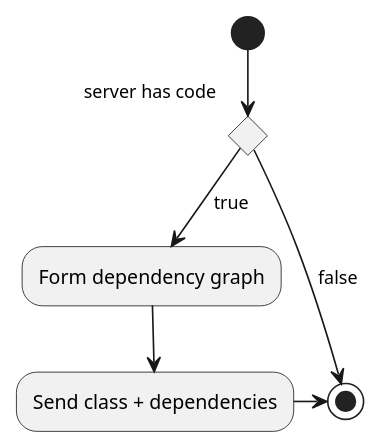
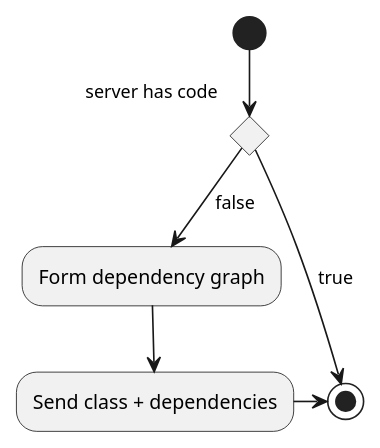
One commit to BradleyWood/RMD changed the diagram in proposal/migration.puml. Above: the diagram before and after it, drawn with PlantUML. The commit also changed 3 other files, not shown here.

Commit message:
update diagrams

```diff
--- a/proposal/migration.puml
+++ b/proposal/migration.puml
@@ -1,12 +1,12 @@
 @startuml
 
 (*) --> if "server has code" then
-    -->[true] "Form dependency graph"
+    -->[false] "Form dependency graph"
     --> "Send class + dependencies"
     -right->(*)
 else
-    -->[false] (*)
+    -->[true] (*)
 endif
 
 
 @enduml
```
